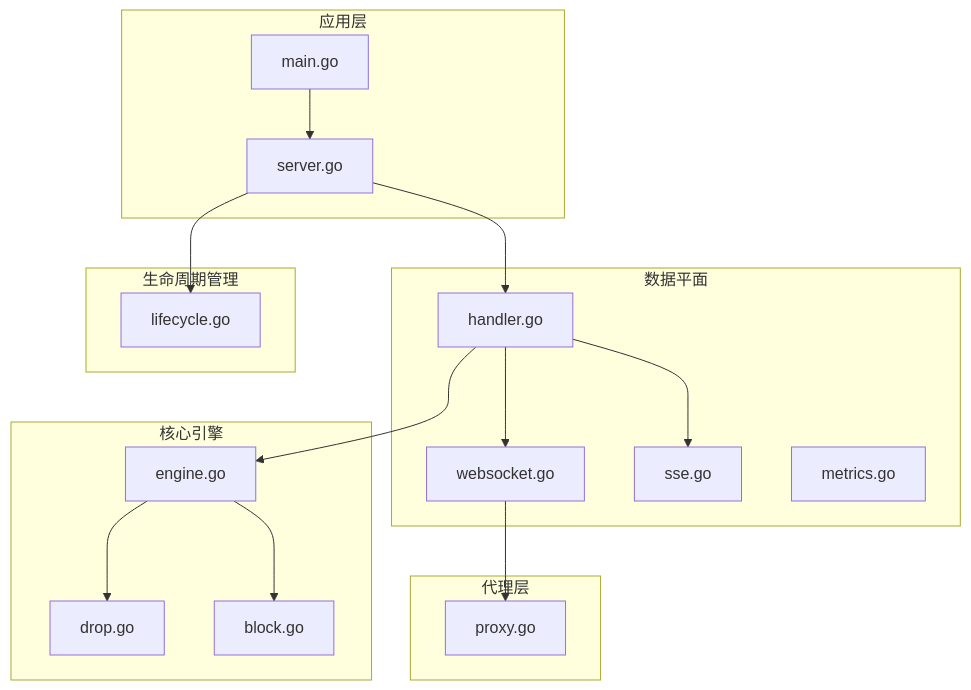
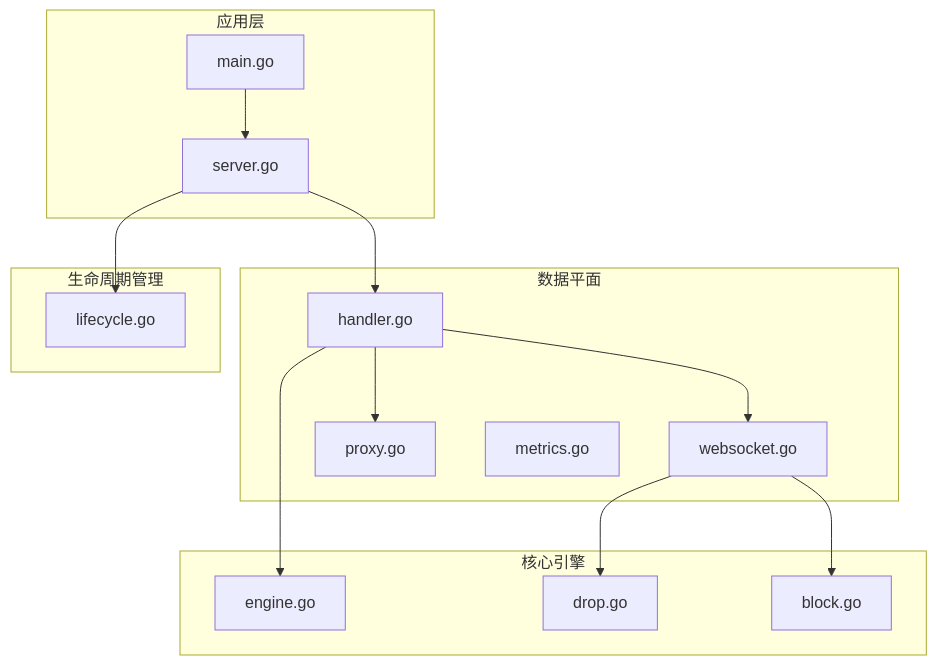
Before and after one commit to x01n/My-OpenWaf: the first of 15 diagrams in docs/数据平面处理/WebSocket 连接处理.md, drawn with Mermaid. The commit also changed other lines of this file and 199 other files, not shown here.

````diff
--- a/docs/数据平面处理/WebSocket 连接处理.md
+++ b/docs/数据平面处理/WebSocket 连接处理.md
@@ -36,33 +36,29 @@
 ```mermaid
 graph TB
 subgraph "应用层"
 Main[main.go]
 Server[server.go]
 end
 subgraph "数据平面"
 Handler[handler.go]
 WS[websocket.go]
-SSE[sse.go]
+Proxy[proxy.go]
 Metrics[metrics.go]
 end
 subgraph "核心引擎"
 Engine[engine.go]
 Drop[drop.go]
 Block[block.go]
 end
-subgraph "代理层"
-Proxy[proxy.go]
-end
 subgraph "生命周期管理"
 Life[lifecycle.go]
 end
 Main --> Server
 Server --> Handler
 Handler --> WS
-Handler --> SSE
+Handler --> Proxy
 Handler --> Engine
-WS --> Proxy
-Engine --> Drop
-Engine --> Block
+WS --> Drop
+WS --> Block
 Server --> Life
 ```
````
